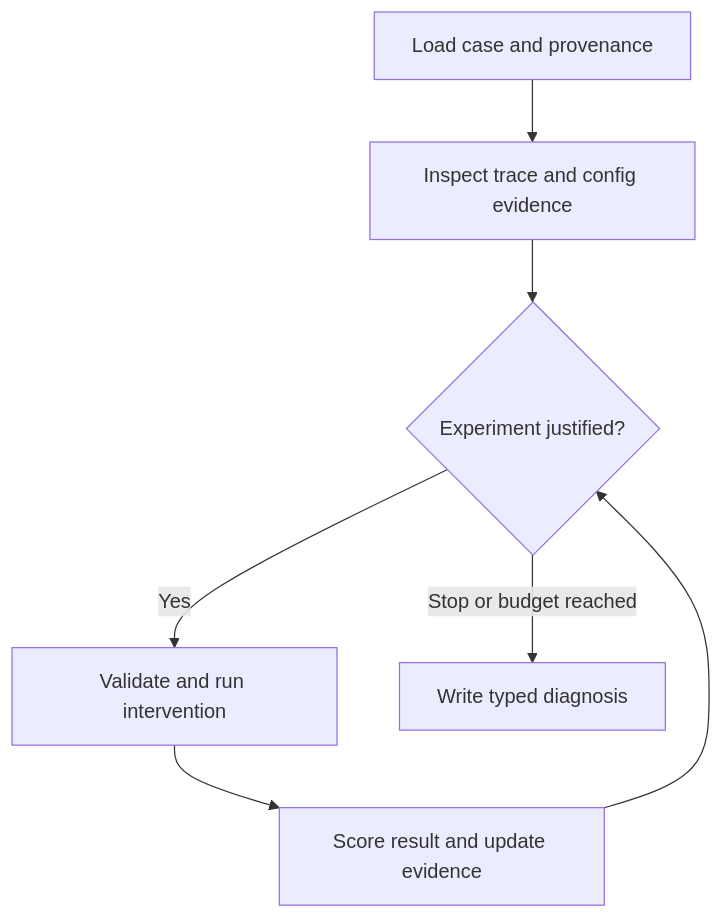
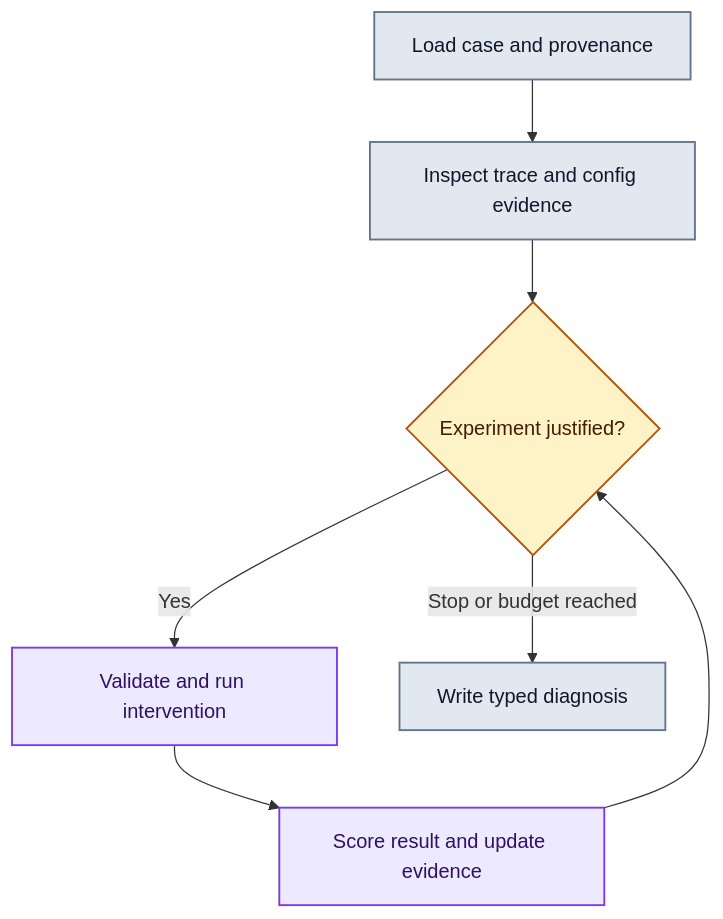
The second of 2 diagrams in docs/ReleaseTrace-Agent-Build-Guide.md (sujayv26/release-trace), drawn with Mermaid before and after one commit. The commit also changed other lines of this file and 3 other files, not shown here.

Commit message:
Color-code release documentation diagrams

````diff
--- a/docs/ReleaseTrace-Agent-Build-Guide.md
+++ b/docs/ReleaseTrace-Agent-Build-Guide.md
@@ -73,9 +83,19 @@
 ```mermaid
 flowchart TD
+    accTitle: Proposed multi-experiment investigation
+    accDescr: The Investigator inspects evidence and runs justified experiments until it can write a report or reaches its budget.
     I["Load case and provenance"] --> E["Inspect trace and config evidence"]
     E --> D{"Experiment justified?"}
     D -->|Yes| R["Validate and run intervention"]
     R --> U["Score result and update evidence"]
     U --> D
     D -->|Stop or budget reached| F["Write typed diagnosis"]
+
+    classDef evidence fill:#e2e8f0,stroke:#64748b,color:#0f172a,stroke-width:1.5px
+    classDef decision fill:#fef3c7,stroke:#b45309,color:#451a03,stroke-width:1.5px
+    classDef investigation fill:#ede9fe,stroke:#7c3aed,color:#2e1065,stroke-width:1.5px
+
+    class I,E,F evidence
+    class D decision
+    class R,U investigation
 ```
````
